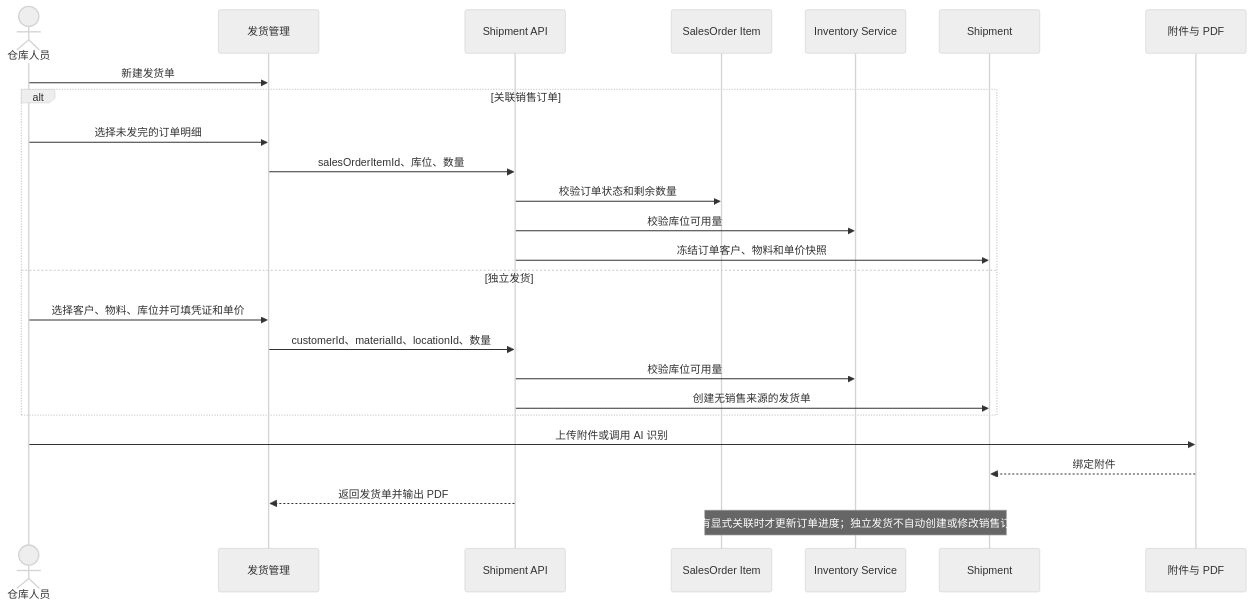
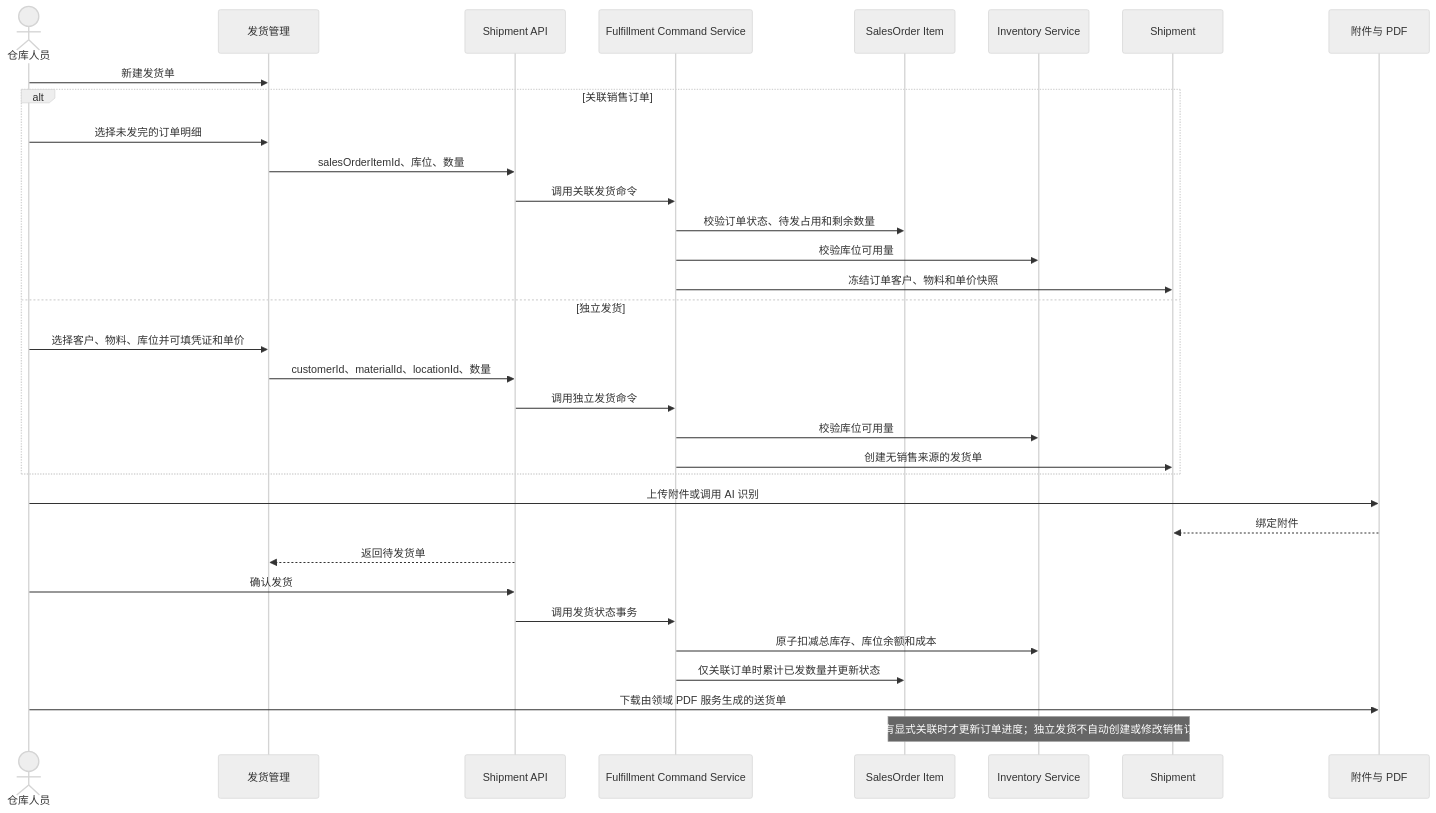
Before and after one commit to goldf2/mes-lite: the sixth of 8 diagrams in docs/architecture/系统时序图.md, drawn with Mermaid (neutral theme). The commit also changed other lines of this file and 45 other files, not shown here.

````diff
--- a/docs/architecture/系统时序图.md
+++ b/docs/architecture/系统时序图.md
@@ -192,29 +194,37 @@
 ```mermaid
 sequenceDiagram
   actor U as 仓库人员
   participant UI as 发货管理
   participant API as Shipment API
+  participant C as Fulfillment Command Service
   participant SO as SalesOrder Item
   participant I as Inventory Service
   participant S as Shipment
   participant F as 附件与 PDF
 
   U->>UI: 新建发货单
   alt 关联销售订单
     U->>UI: 选择未发完的订单明细
     UI->>API: salesOrderItemId、库位、数量
-    API->>SO: 校验订单状态和剩余数量
-    API->>I: 校验库位可用量
-    API->>S: 冻结订单客户、物料和单价快照
+    API->>C: 调用关联发货命令
+    C->>SO: 校验订单状态、待发占用和剩余数量
+    C->>I: 校验库位可用量
+    C->>S: 冻结订单客户、物料和单价快照
   else 独立发货
     U->>UI: 选择客户、物料、库位并可填凭证和单价
     UI->>API: customerId、materialId、locationId、数量
-    API->>I: 校验库位可用量
-    API->>S: 创建无销售来源的发货单
+    API->>C: 调用独立发货命令
+    C->>I: 校验库位可用量
+    C->>S: 创建无销售来源的发货单
   end
   U->>F: 上传附件或调用 AI 识别
   F-->>S: 绑定附件
-  API-->>UI: 返回发货单并输出 PDF
+  API-->>UI: 返回待发货单
+  U->>API: 确认发货
+  API->>C: 调用发货状态事务
+  C->>I: 原子扣减总库存、库位余额和成本
+  C->>SO: 仅关联订单时累计已发数量并更新状态
+  U->>F: 下载由领域 PDF 服务生成的送货单
 
   Note over S,SO: 只有显式关联时才更新订单进度；独立发货不自动创建或修改销售订单
 ```
````
